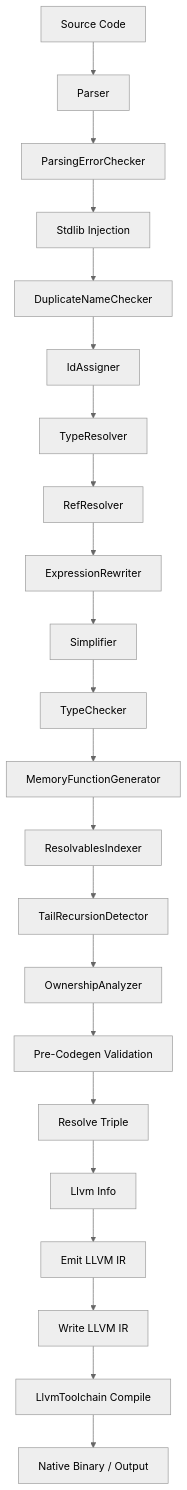
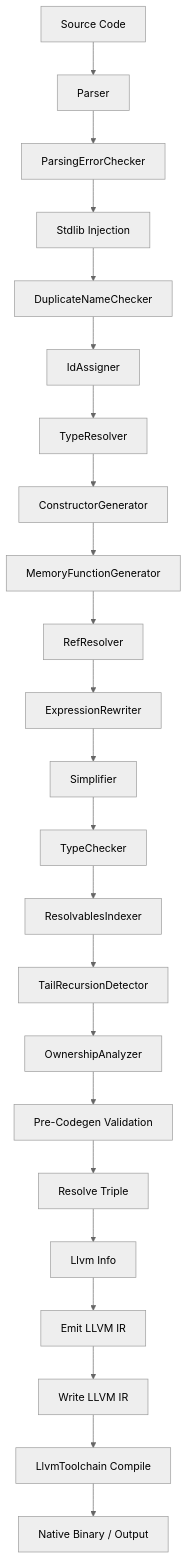
The diagram in docs/design/compiler-design.md (fedesilva/minnieml), drawn with Mermaid (neutral theme) before and after one commit. The commit also changed other lines of this file and 7 other files, not shown here.

````diff
--- a/docs/design/compiler-design.md
+++ b/docs/design/compiler-design.md
@@ -807,24 +824,25 @@
 ```mermaid
 flowchart TD
     Source[Source Code] --> Parse[Parser]
     Parse --> PEC[ParsingErrorChecker]
     PEC --> Inject[Stdlib Injection]
     Inject --> DNC[DuplicateNameChecker]
     DNC --> IDA[IdAssigner]
     IDA --> TR[TypeResolver]
-    TR --> RR[RefResolver]
+    TR --> CG[ConstructorGenerator]
+    CG --> MFG[MemoryFunctionGenerator]
+    MFG --> RR[RefResolver]
     RR --> ER[ExpressionRewriter]
     ER --> S[Simplifier]
     S --> TC[TypeChecker]
-    TC --> MFG[MemoryFunctionGenerator]
-    MFG --> RI[ResolvablesIndexer]
+    TC --> RI[ResolvablesIndexer]
     RI --> TRD[TailRecursionDetector]
     TRD --> OA[OwnershipAnalyzer]
     OA --> VAL[Pre-Codegen Validation]
     VAL --> RT[Resolve Triple]
     RT --> LI[Llvm Info]
     LI --> EM[Emit LLVM IR]
     EM --> WI[Write LLVM IR]
     WI --> TOOL[LlvmToolchain Compile]
     TOOL --> Binary[Native Binary / Output]
 ```
````
